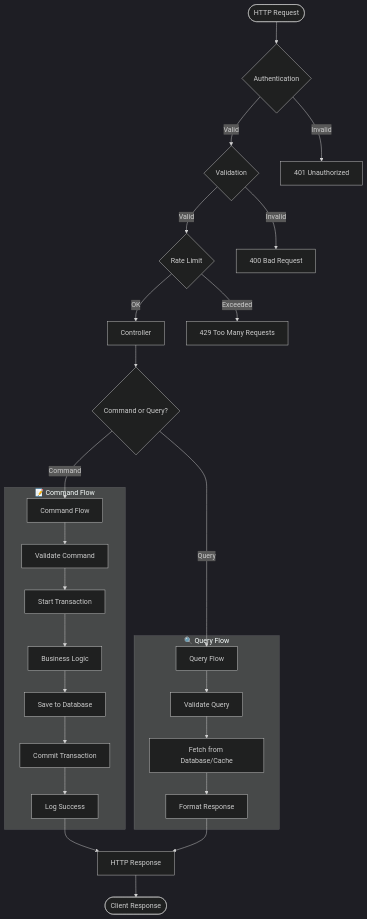
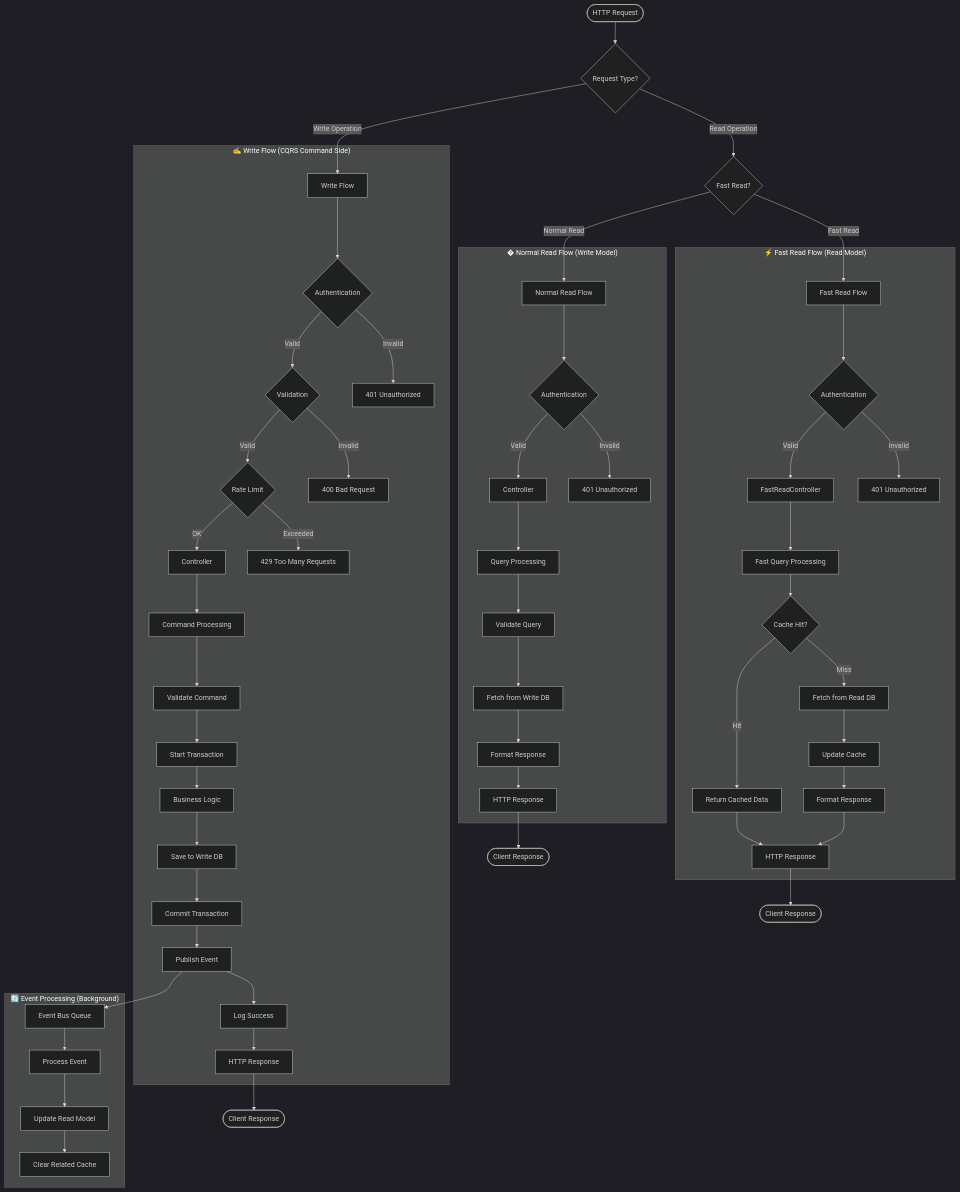
Before and after one commit to KuroHiyuki/Architecture_codebase: the sixth of 7 diagrams in ARCHITECTURE_WORKFLOW.md, drawn with Mermaid (dark theme). The commit also changed other lines of this file and 24 other files, not shown here.

Commit message:
test: test concrete write and read model CQRS

````diff
--- a/ARCHITECTURE_WORKFLOW.md
+++ b/ARCHITECTURE_WORKFLOW.md
@@ -274,37 +299,70 @@
 ```mermaid
 graph TB
-    START([HTTP Request]) --> AUTH{Authentication}
-    AUTH -->|Valid| VAL{Validation}
-    AUTH -->|Invalid| UNAUTH[401 Unauthorized]
+    START([HTTP Request]) --> TYPE{Request Type?}
     
-    VAL -->|Valid| RATE{Rate Limit}
-    VAL -->|Invalid| BAD[400 Bad Request]
+    TYPE -->|Write Operation| WRITE_FLOW[Write Flow]
+    TYPE -->|Read Operation| READ_TYPE{Fast Read?}
     
-    RATE -->|OK| CTRL[Controller]
-    RATE -->|Exceeded| LIMIT[429 Too Many Requests]
+    READ_TYPE -->|Normal Read| NORMAL_READ[Normal Read Flow]
+    READ_TYPE -->|Fast Read| FAST_READ[Fast Read Flow]
     
-    CTRL --> CMD_QRY{Command or Query?}
-    
-    CMD_QRY -->|Command| CMD_FLOW[Command Flow]
-    CMD_QRY -->|Query| QRY_FLOW[Query Flow]
-    
-    subgraph "📝 Command Flow"
+    subgraph "✍️ Write Flow (CQRS Command Side)"
+        WRITE_FLOW --> AUTH1{Authentication}
+        AUTH1 -->|Valid| VAL1{Validation}
+        AUTH1 -->|Invalid| UNAUTH1[401 Unauthorized]
+        
+        VAL1 -->|Valid| RATE1{Rate Limit}
+        VAL1 -->|Invalid| BAD1[400 Bad Request]
+        
+        RATE1 -->|OK| CTRL1[Controller]
+        RATE1 -->|Exceeded| LIMIT1[429 Too Many Requests]
+        
+        CTRL1 --> CMD_FLOW[Command Processing]
         CMD_FLOW --> VALIDATE_CMD[Validate Command]
         VALIDATE_CMD --> START_TRANS[Start Transaction]
         START_TRANS --> BIZ_LOGIC[Business Logic]
-        BIZ_LOGIC --> SAVE_DATA[Save to Database]
+        BIZ_LOGIC --> SAVE_DATA[Save to Write DB]
         SAVE_DATA --> COMMIT[Commit Transaction]
-        COMMIT --> LOG_SUCCESS[Log Success]
+        COMMIT --> PUBLISH_EVENT[Publish Event]
+        PUBLISH_EVENT --> LOG_SUCCESS1[Log Success]
+        LOG_SUCCESS1 --> RESPONSE1[HTTP Response]
     end
     
-    subgraph "🔍 Query Flow"
+    subgraph "� Normal Read Flow (Write Model)"
+        NORMAL_READ --> AUTH2{Authentication}
+        AUTH2 -->|Valid| CTRL2[Controller]
+        AUTH2 -->|Invalid| UNAUTH2[401 Unauthorized]
+        
+        CTRL2 --> QRY_FLOW[Query Processing]
         QRY_FLOW --> VALIDATE_QRY[Validate Query]
-        VALIDATE_QRY --> FETCH_DATA[Fetch from Database/Cache]
-        FETCH_DATA --> FORMAT[Format Response]
+        VALIDATE_QRY --> FETCH_WRITE[Fetch from Write DB]
+        FETCH_WRITE --> FORMAT1[Format Response]
+        FORMAT1 --> RESPONSE2[HTTP Response]
     end
     
-    LOG_SUCCESS --> RESPONSE[HTTP Response]
-    FORMAT --> RESPONSE
+    subgraph "⚡ Fast Read Flow (Read Model)"
+        FAST_READ --> AUTH3{Authentication}
+        AUTH3 -->|Valid| FAST_CTRL[FastReadController]
+        AUTH3 -->|Invalid| UNAUTH3[401 Unauthorized]
+        
+        FAST_CTRL --> FAST_QRY_FLOW[Fast Query Processing]
+        FAST_QRY_FLOW --> CHECK_CACHE{Cache Hit?}
+        CHECK_CACHE -->|Hit| CACHE_RESPONSE[Return Cached Data]
+        CHECK_CACHE -->|Miss| FETCH_READ[Fetch from Read DB]
+        FETCH_READ --> UPDATE_CACHE[Update Cache]
+        UPDATE_CACHE --> FORMAT2[Format Response]
+        CACHE_RESPONSE --> RESPONSE3[HTTP Response]
+        FORMAT2 --> RESPONSE3
+    end
     
-    RESPONSE --> END([Client Response])
+    subgraph "🔄 Event Processing (Background)"
+        PUBLISH_EVENT --> EVENT_BUS[Event Bus Queue]
+        EVENT_BUS --> PROCESS_EVENT[Process Event]
+        PROCESS_EVENT --> UPDATE_READ[Update Read Model]
+        UPDATE_READ --> CLEAR_CACHE[Clear Related Cache]
+    end
+    
+    RESPONSE1 --> END1([Client Response])
+    RESPONSE2 --> END2([Client Response])
+    RESPONSE3 --> END3([Client Response])
 ```
````
